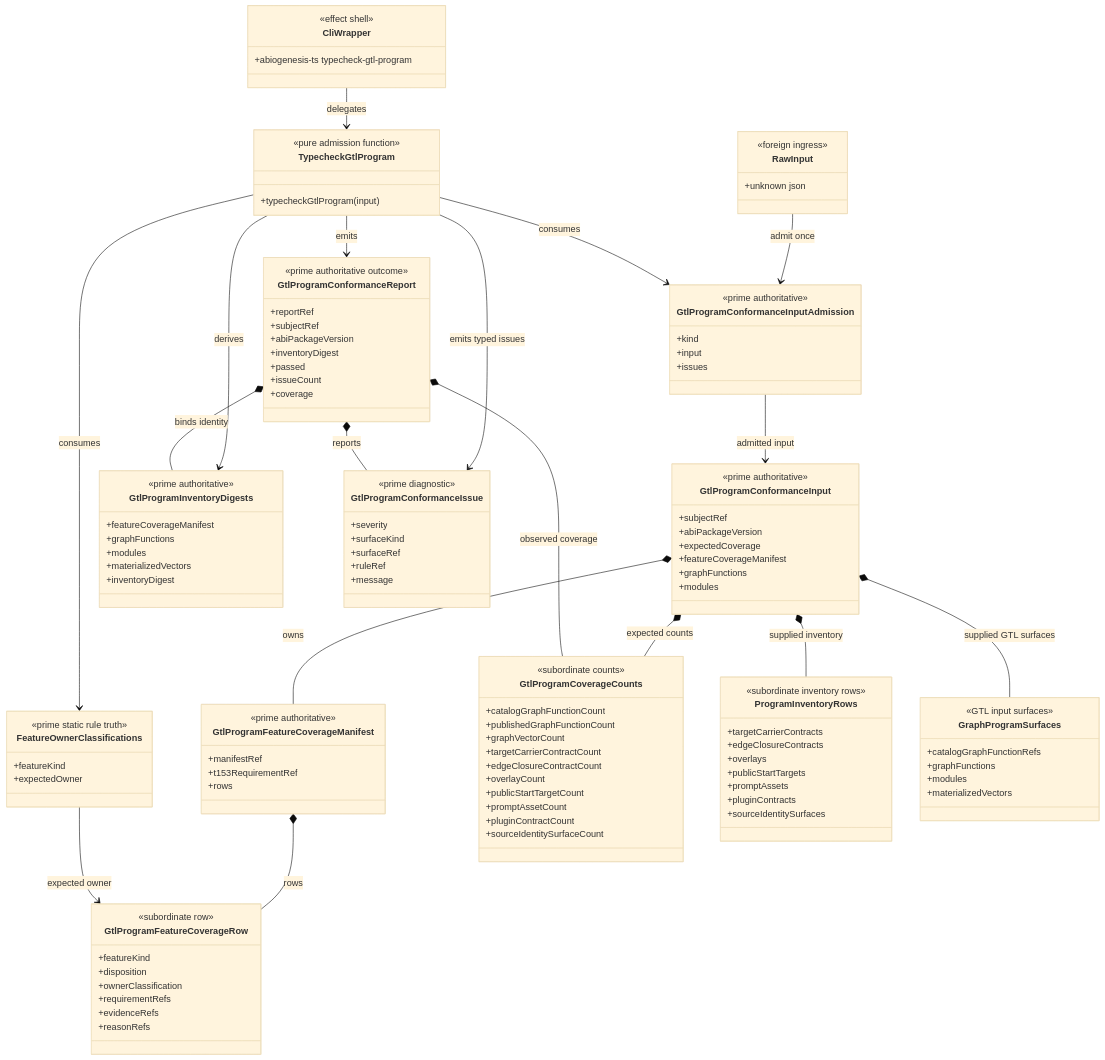
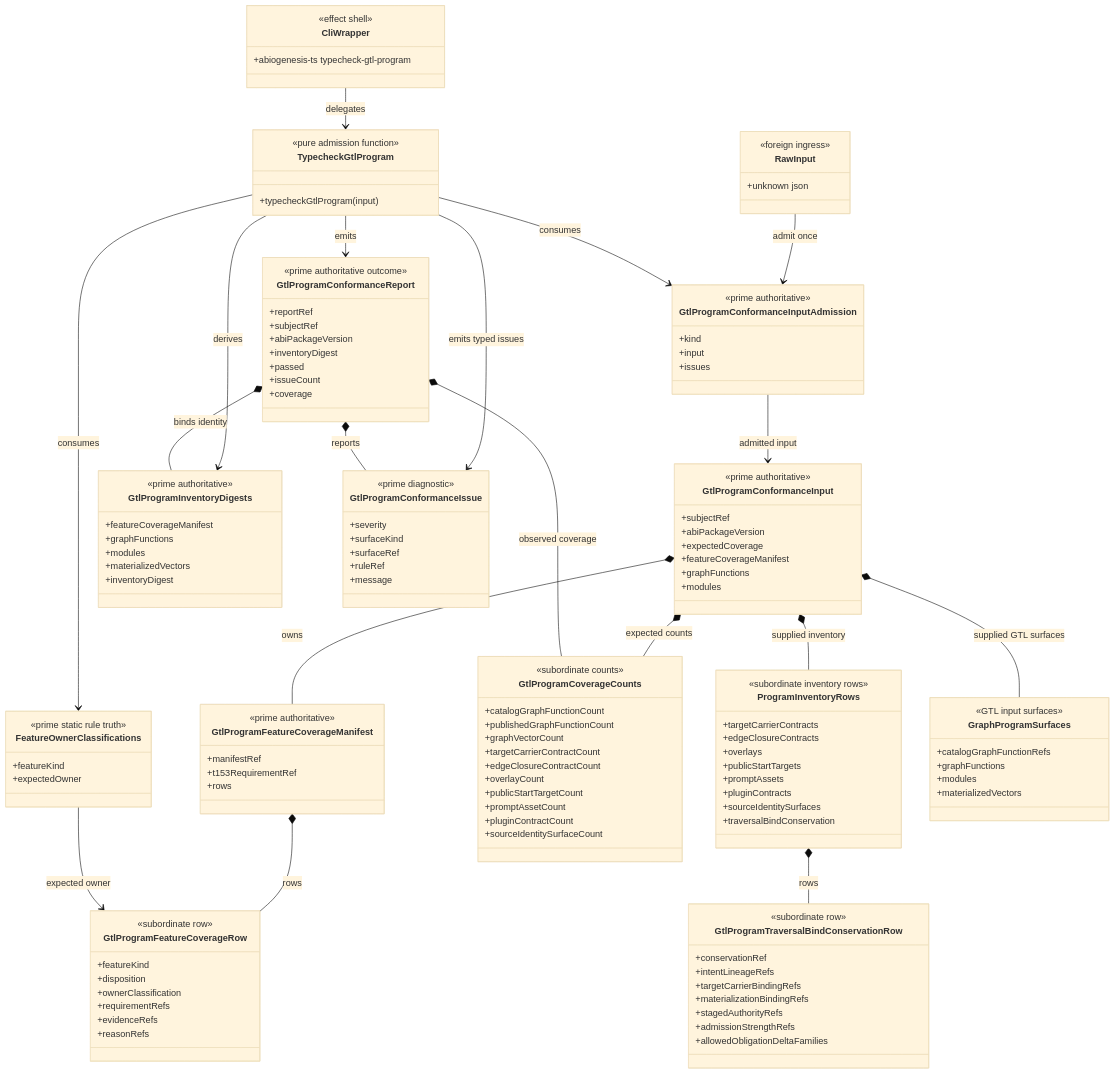
The diagram in build_tenants/abiogenesis/typescript/design/M03_GTL_PROGRAM_CONFORMANCE_GATE_STRUCTURAL_CARRIER_DIAGRAM.md (foolishimp/abiogenesis), drawn with Mermaid (base theme) before and after one commit. The commit also changed other lines of this file and 548 other files, not shown here.

```diff
--- a/build_tenants/abiogenesis/typescript/design/M03_GTL_PROGRAM_CONFORMANCE_GATE_STRUCTURAL_CARRIER_DIAGRAM.md
+++ b/build_tenants/abiogenesis/typescript/design/M03_GTL_PROGRAM_CONFORMANCE_GATE_STRUCTURAL_CARRIER_DIAGRAM.md
@@ -76,6 +76,17 @@
     +promptAssets
     +pluginContracts
     +sourceIdentitySurfaces
+    +traversalBindConservation
+  }
+  class GtlProgramTraversalBindConservationRow {
+    <<subordinate row>>
+    +conservationRef
+    +intentLineageRefs
+    +targetCarrierBindingRefs
+    +materializationBindingRefs
+    +stagedAuthorityRefs
+    +admissionStrengthRefs
+    +allowedObligationDeltaFamilies
   }
   class GraphProgramSurfaces {
     <<GTL input surfaces>>
@@ -126,6 +137,7 @@
   FeatureOwnerClassifications --> GtlProgramFeatureCoverageRow : expected owner
   GtlProgramConformanceInput *-- GtlProgramCoverageCounts : expected counts
   GtlProgramConformanceInput *-- ProgramInventoryRows : supplied inventory
+  ProgramInventoryRows *-- GtlProgramTraversalBindConservationRow : rows
   GtlProgramConformanceInput *-- GraphProgramSurfaces : supplied GTL surfaces
   TypecheckGtlProgram --> GtlProgramConformanceInputAdmission : consumes
   TypecheckGtlProgram --> FeatureOwnerClassifications : consumes
```
